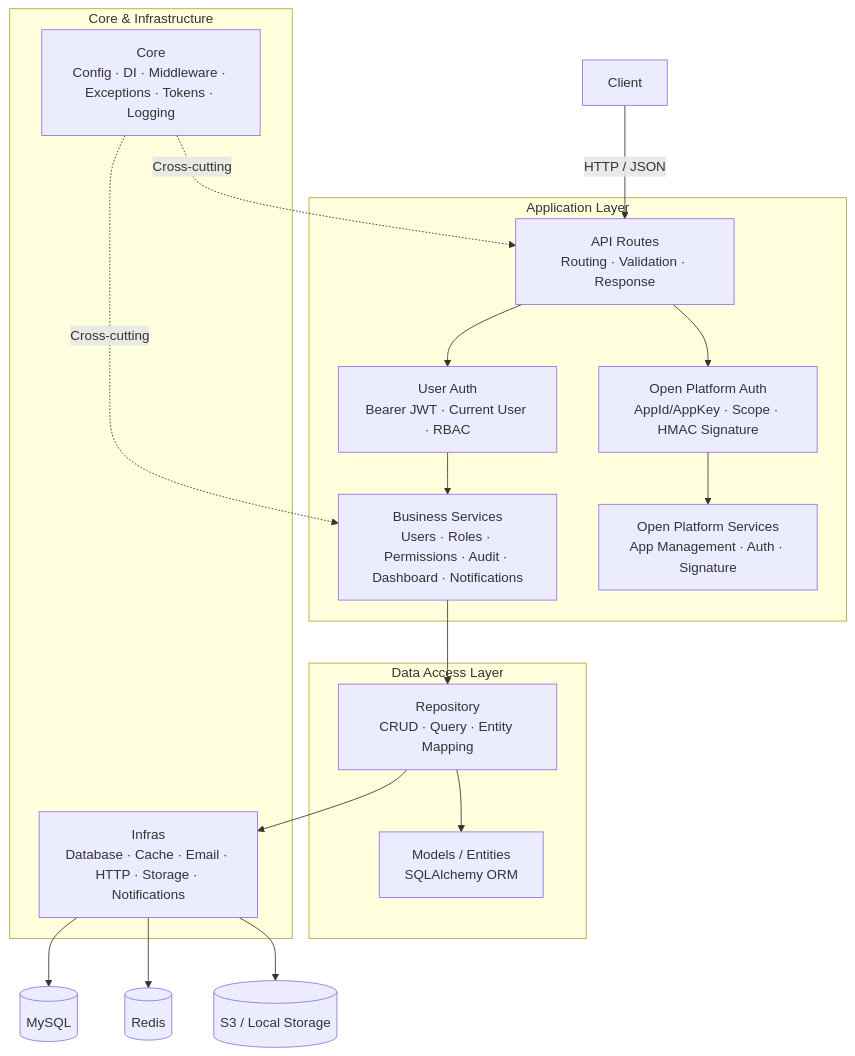
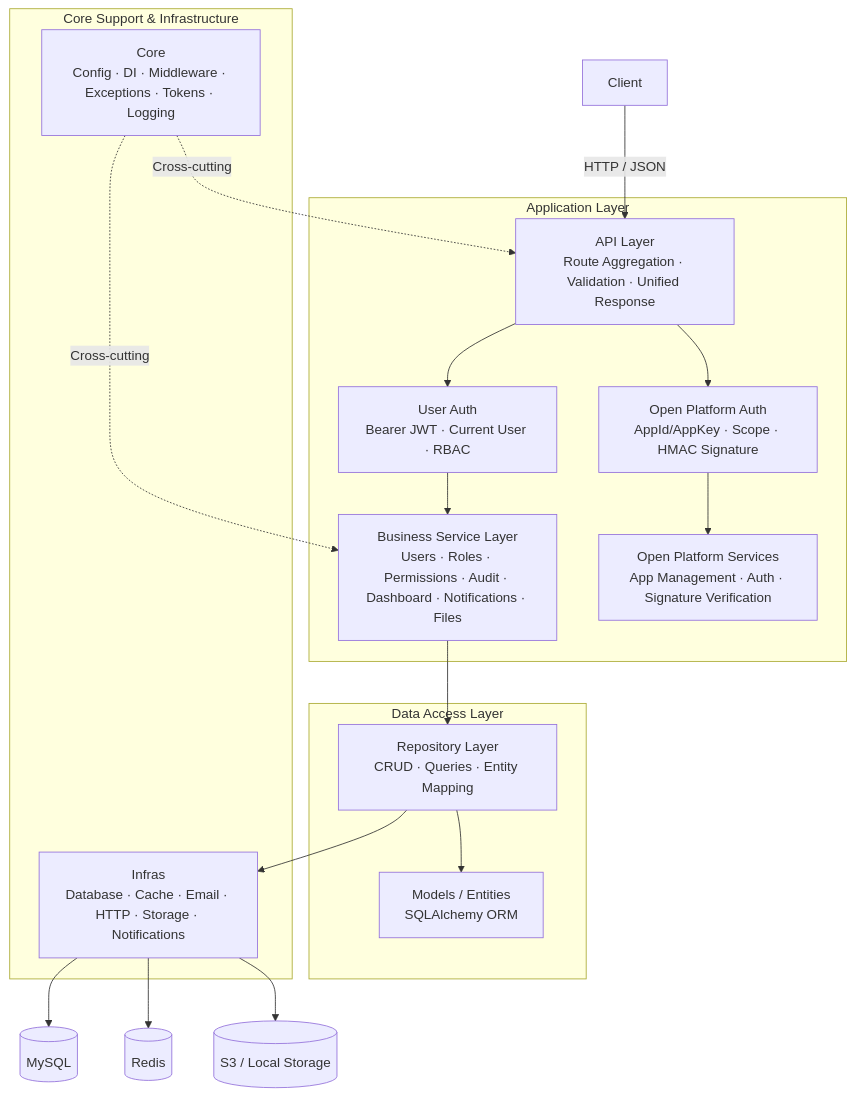
One commit to cross-lang/x-HanJiang changed the first of 5 diagrams in server/README.en.md. Above: the diagram before and after it, drawn with Mermaid. The commit also changed other lines of this file and 156 other files, not shown here.

````diff
--- a/server/README.en.md
+++ b/server/README.en.md
@@ -241,28 +278,28 @@
 ```mermaid
 flowchart TB
-  Client[Client] -->|HTTP / JSON| API[API Routes<br/>Routing · Validation · Response]
+  Client[Client] -->|HTTP / JSON| API[API Layer<br/>Route Aggregation · Validation · Unified Response]
 
   subgraph Application[Application Layer]
     API --> Auth[User Auth<br/>Bearer JWT · Current User · RBAC]
     API --> OpenAuth[Open Platform Auth<br/>AppId/AppKey · Scope · HMAC Signature]
-    Auth --> Service[Business Services<br/>Users · Roles · Permissions · Audit · Dashboard · Notifications]
-    OpenAuth --> OpenService[Open Platform Services<br/>App Management · Auth · Signature]
+    Auth --> Service[Business Service Layer<br/>Users · Roles · Permissions · Audit · Dashboard · Notifications · Files]
+    OpenAuth --> OpenService[Open Platform Services<br/>App Management · Auth · Signature Verification]
   end
 
   subgraph Data[Data Access Layer]
-    Service --> Repository[Repository<br/>CRUD · Query · Entity Mapping]
+    Service --> Repository[Repository Layer<br/>CRUD · Queries · Entity Mapping]
     Repository --> Entity[Models / Entities<br/>SQLAlchemy ORM]
   end
 
-  subgraph Support[Core & Infrastructure]
+  subgraph Support[Core Support & Infrastructure]
     Core[Core<br/>Config · DI · Middleware · Exceptions · Tokens · Logging]
     Infra[Infras<br/>Database · Cache · Email · HTTP · Storage · Notifications]
   end
 
   Core -.Cross-cutting.-> API
   Core -.Cross-cutting.-> Service
   Repository --> Infra
   Infra --> DB[(MySQL)]
   Infra --> Redis[(Redis)]
   Infra --> OSS[(S3 / Local Storage)]
 ```
````
